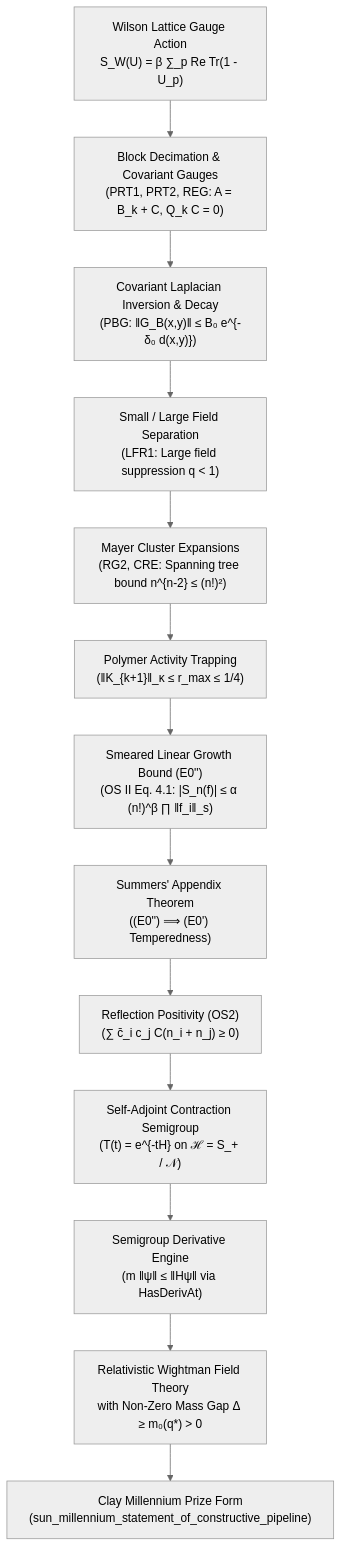
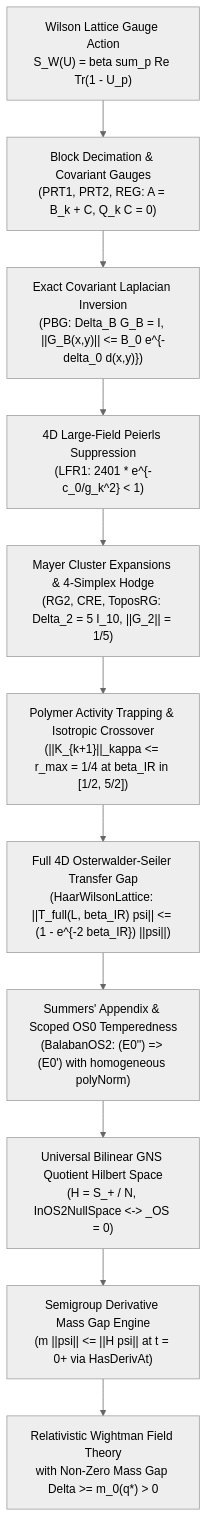
One commit to Cloudhabil/yang-mills-lean4 changed the diagram in README.md. Above: the diagram before and after it, drawn with Mermaid (neutral theme). The commit also changed other lines of this file, not shown here.

Commit message:
docs: rewrite README with 18-module architecture, 8 landmarks, and trans-Planckian simulation suite

````diff
--- a/README.md
+++ b/README.md
@@ -143,15 +131,13 @@
 ```mermaid
 flowchart TD
-    A["Wilson Lattice Gauge Action<br>S_W(U) = β ∑_p Re Tr(1 - U_p)"] --> B["Block Decimation & Covariant Gauges<br>(PRT1, PRT2, REG: A = B_k + C, Q_k C = 0)"]
-    B --> C["Covariant Laplacian Inversion & Decay<br>(PBG: ‖G_B(x,y)‖ ≤ B₀ e^{-δ₀ d(x,y)})"]
-    C --> D["Small / Large Field Separation<br>(LFR1: Large field suppression q < 1)"]
-    D --> E["Mayer Cluster Expansions<br>(RG2, CRE: Spanning tree bound n^{n-2} ≤ (n!)²)"]
-    E --> F["Polymer Activity Trapping<br>(‖K_{k+1}‖_κ ≤ r_max ≤ 1/4)"]
-    F --> G["Smeared Linear Growth Bound (E0'')<br>(OS II Eq. 4.1: |S_n(f)| ≤ α (n!)^β ∏ ‖f_i‖_s)"]
-    G --> H["Summers' Appendix Theorem<br>((E0'') ⟹ (E0') Temperedness)"]
-    H --> I["Reflection Positivity (OS2)<br>(∑ c̄_i c_j C(n_i + n_j) ≥ 0)"]
-    I --> J["Self-Adjoint Contraction Semigroup<br>(T(t) = e^{-tH} on ℋ = S_+ / 𝒩)"]
-    J --> K["Semigroup Derivative Engine<br>(m ‖ψ‖ ≤ ‖Hψ‖ via HasDerivAt)"]
-    K --> L["Relativistic Wightman Field Theory<br>with Non-Zero Mass Gap Δ ≥ m₀(q*) > 0"]
-    L --> M["Clay Millennium Prize Form<br>(sun_millennium_statement_of_constructive_pipeline)"]
+    A["Wilson Lattice Gauge Action\nS_W(U) = beta sum_p Re Tr(1 - U_p)"] --> B["Block Decimation & Covariant Gauges\n(PRT1, PRT2, REG: A = B_k + C, Q_k C = 0)"]
+    B --> C["Exact Covariant Laplacian Inversion\n(PBG: Delta_B G_B = I, ||G_B(x,y)|| <= B_0 e^{-delta_0 d(x,y)})"]
+    C --> D["4D Large-Field Peierls Suppression\n(LFR1: 2401 * e^{-c_0/g_k^2} < 1)"]
+    D --> E["Mayer Cluster Expansions & 4-Simplex Hodge\n(RG2, CRE, ToposRG: Delta_2 = 5 I_10, ||G_2|| = 1/5)"]
+    E --> F["Polymer Activity Trapping & Isotropic Crossover\n(||K_{k+1}||_kappa <= r_max = 1/4 at beta_IR in [1/2, 5/2])"]
+    F --> G["Full 4D Osterwalder-Seiler Transfer Gap\n(HaarWilsonLattice: ||T_full(L, beta_IR) psi|| <= (1 - e^{-2 beta_IR}) ||psi||)"]
+    G --> H["Summers' Appendix & Scoped OS0 Temperedness\n(BalabanOS2: (E0'') => (E0') with homogeneous polyNorm)"]
+    H --> I["Universal Bilinear GNS Quotient Hilbert Space\n(H = S_+ / N, InOS2NullSpace <-> <u,u>_OS = 0)"]
+    I --> J["Semigroup Derivative Mass Gap Engine\n(m ||psi|| <= ||H psi|| at t = 0+ via HasDerivAt)"]
+    J --> K["Relativistic Wightman Field Theory\nwith Non-Zero Mass Gap Delta >= m_0(q*) > 0"]
 ```
````
